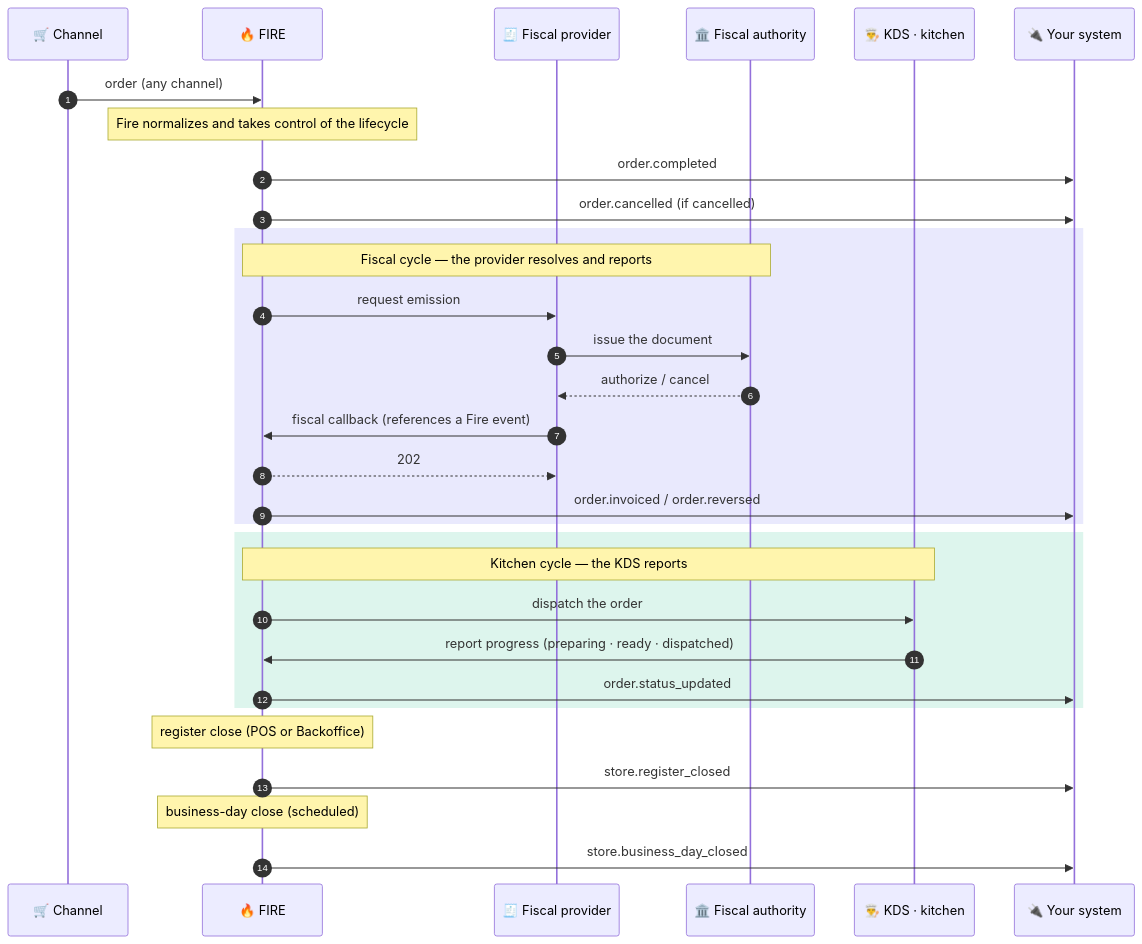
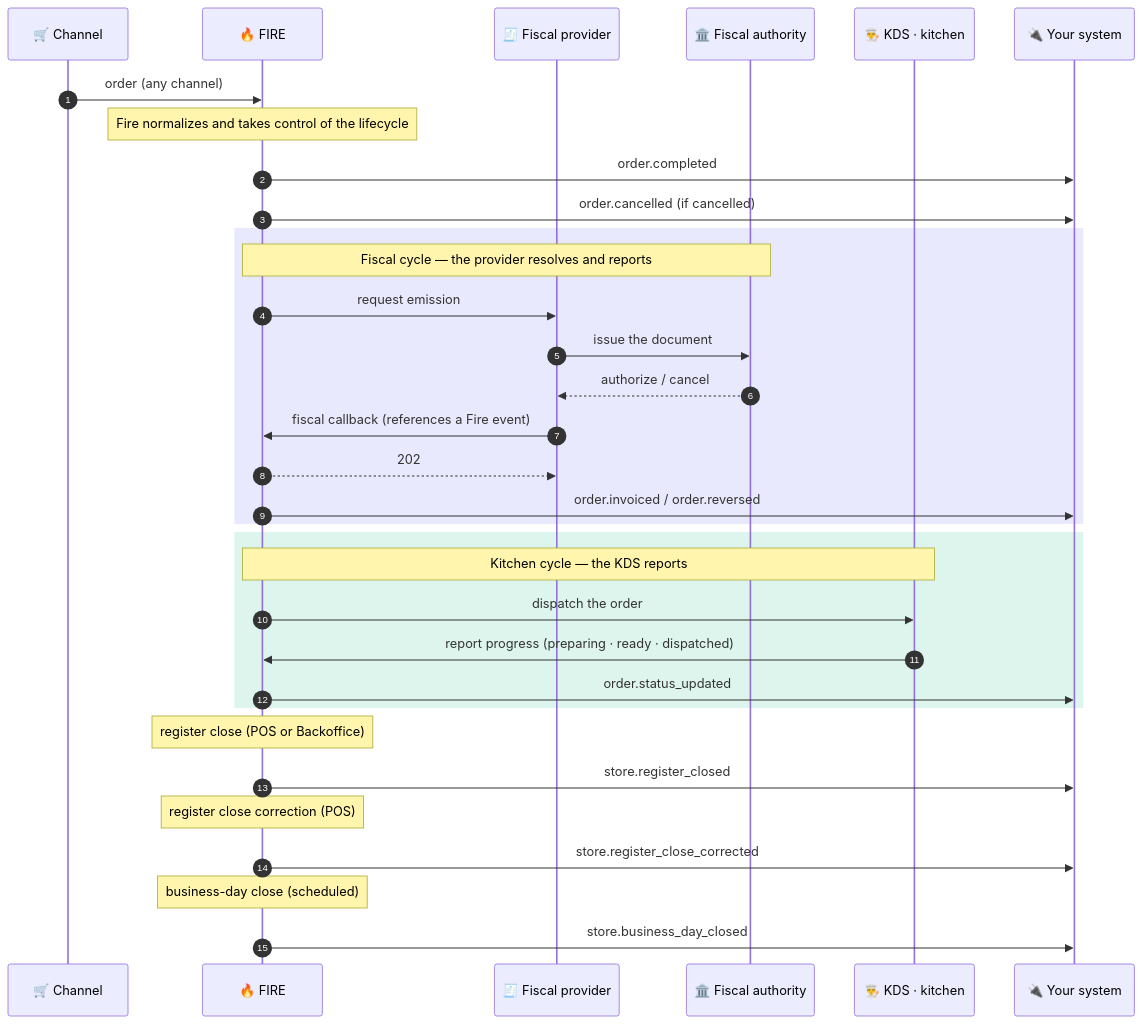
The first of 3 diagrams in en/events/overview.mdx (fire-rest/documentation), drawn with Mermaid before and after one commit. The commit also changed other lines of this file and 24 other files, not shown here.

First line of the commit message:
docs(caja): corregir un cierre de caja y evento store.register_close_corrected (ES/EN/PT)

````diff
--- a/en/events/overview.mdx
+++ b/en/events/overview.mdx
@@ -24,38 +24,41 @@
 ```mermaid
 sequenceDiagram
     autonumber
     participant CH as 🛒 Channel
     participant F as 🔥 FIRE
     participant FP as 🧾 Fiscal provider
     participant AU as 🏛️ Fiscal authority
     participant K as 👨‍🍳 KDS · kitchen
     participant Y as 🔌 Your system
 
     CH->>F: order (any channel)
     Note over F: Fire normalizes and takes control of the lifecycle
     F->>Y: order.completed
     F->>Y: order.cancelled (if cancelled)
 
     rect rgba(99, 102, 241, 0.14)
     Note over F,AU: Fiscal cycle — the provider resolves and reports
     F->>FP: request emission
     FP->>AU: issue the document
     AU-->>FP: authorize / cancel
     FP->>F: fiscal callback (references a Fire event)
     F-->>FP: 202
     F->>Y: order.invoiced / order.reversed
     end
 
     rect rgba(16, 185, 129, 0.14)
     Note over F,K: Kitchen cycle — the KDS reports
     F->>K: dispatch the order
     K->>F: report progress (preparing · ready · dispatched)
     F->>Y: order.status_updated
     end
 
     Note over F: register close (POS or Backoffice)
     F->>Y: store.register_closed
 
+    Note over F: register close correction (POS)
+    F->>Y: store.register_close_corrected
+
     Note over F: business-day close (scheduled)
     F->>Y: store.business_day_closed
 ```
````
